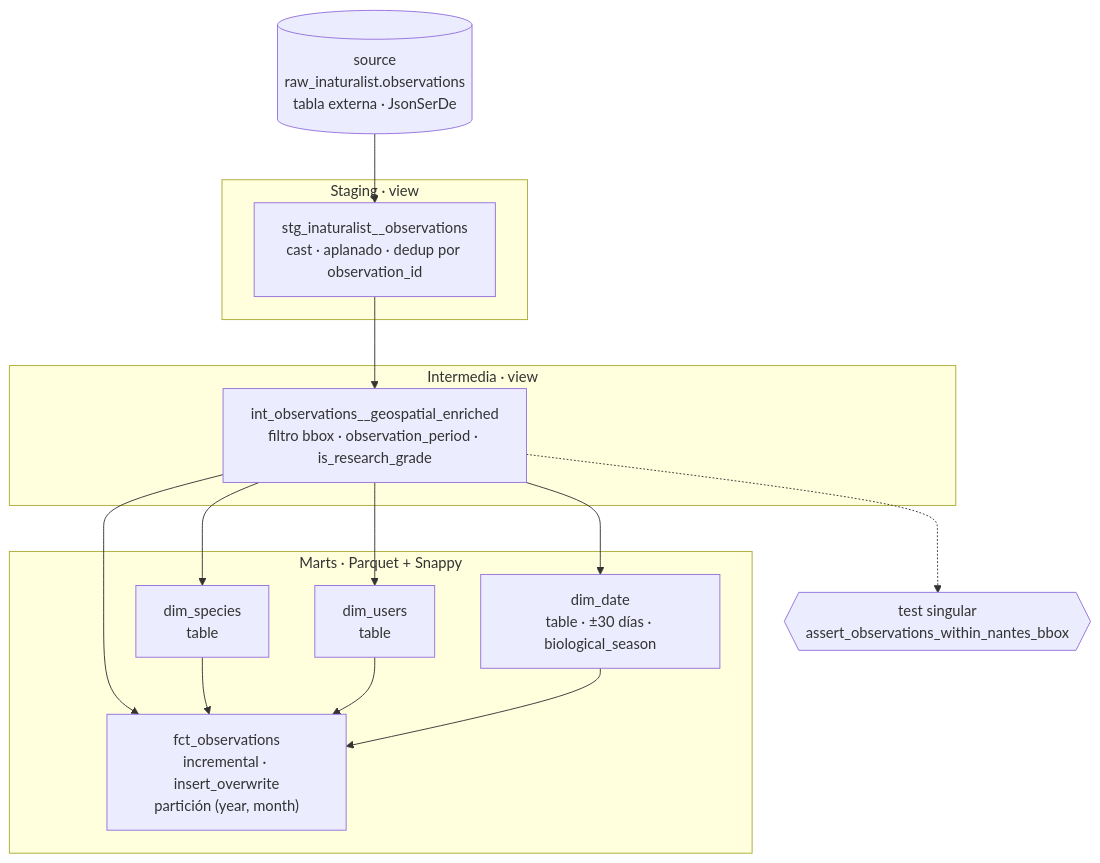
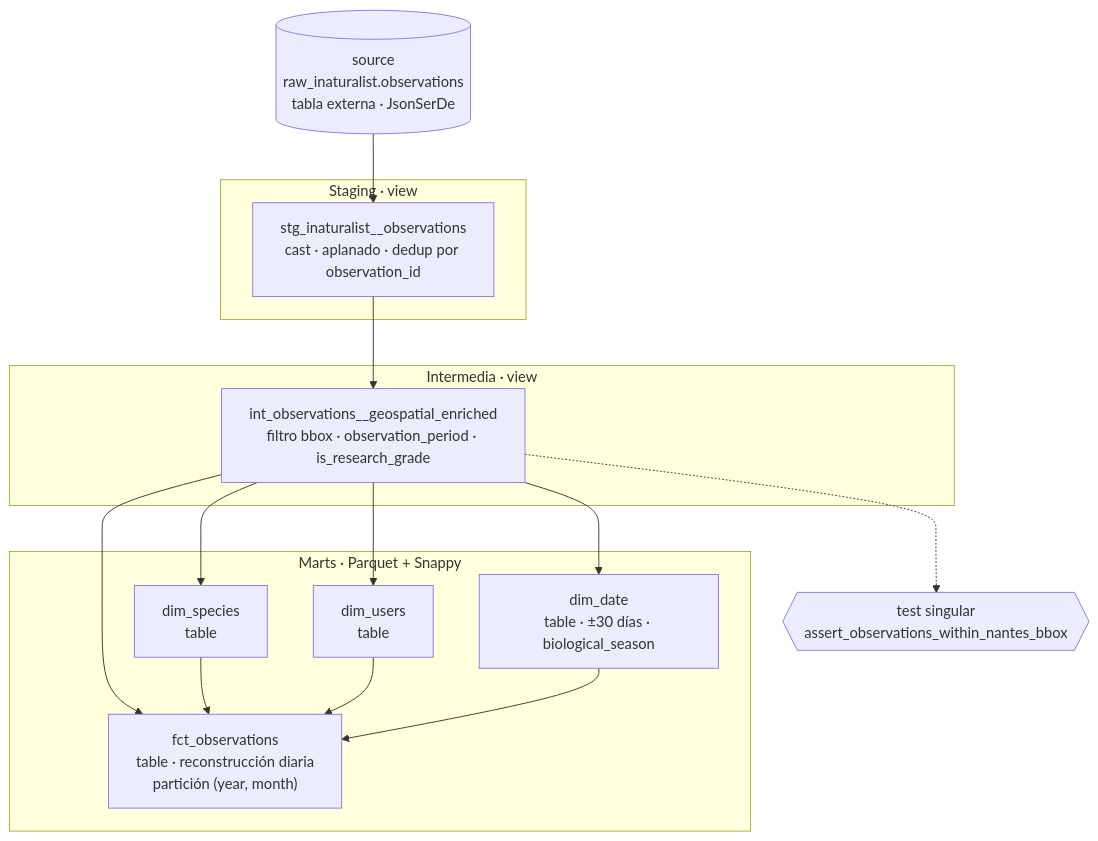
The fourth of 6 diagrams in docs/architecture.md (javiladino/oiseaux_nantes), drawn with Mermaid before and after one commit. The commit also changed 6 other files, not shown here.

First line of the commit message:
fct_observations se reconstruye completa en cada ejecución

````diff
--- a/docs/architecture.md
+++ b/docs/architecture.md
@@ -147,31 +147,31 @@
 ```mermaid
 flowchart TD
     SRC[("source<br/>raw_inaturalist.observations<br/>tabla externa · JsonSerDe")]
 
     subgraph STG["Staging · view"]
         STGM["stg_inaturalist__observations<br/>cast · aplanado · dedup por observation_id"]
     end
 
     subgraph INT["Intermedia · view"]
         INTM["int_observations__geospatial_enriched<br/>filtro bbox · observation_period · is_research_grade"]
     end
 
     subgraph MARTS["Marts · Parquet + Snappy"]
         DS["dim_species<br/>table"]
         DU["dim_users<br/>table"]
         DD["dim_date<br/>table · ±30 días · biological_season"]
-        FCT["fct_observations<br/>incremental · insert_overwrite<br/>partición (year, month)"]
+        FCT["fct_observations<br/>table · reconstrucción diaria<br/>partición (year, month)"]
     end
 
     TBBOX{{"test singular<br/>assert_observations_within_nantes_bbox"}}
 
     SRC --> STGM --> INTM
     INTM --> DS
     INTM --> DU
     INTM --> DD
     INTM --> FCT
     DS --> FCT
     DU --> FCT
     DD --> FCT
     INTM -.-> TBBOX
 ```
````
